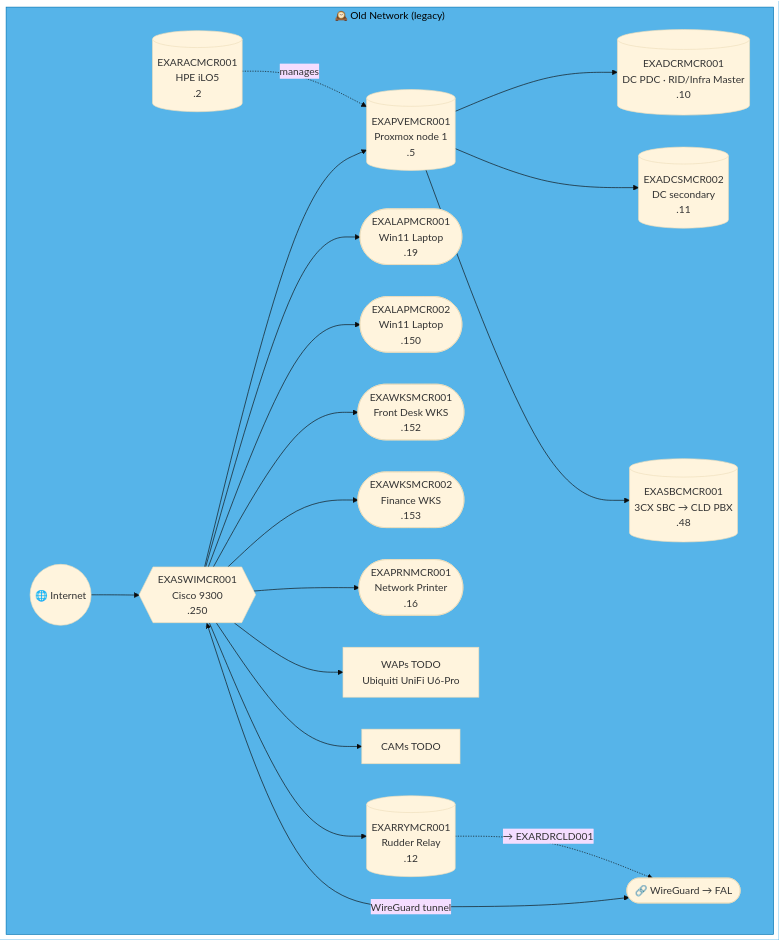
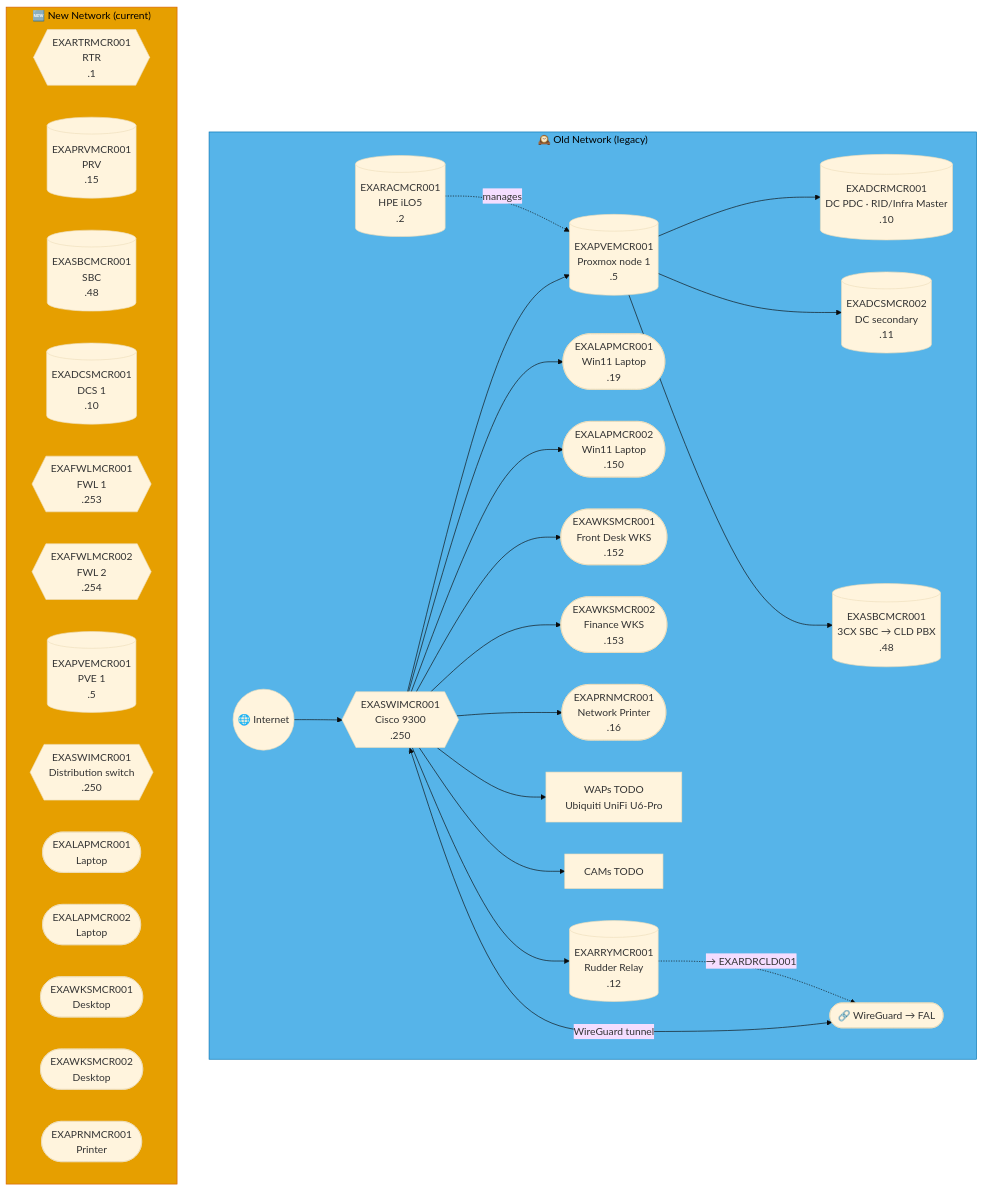
Before and after one commit to knightmare2600/example_music_infra: diagram 11 of 51 in docs/network-diagram.md, drawn with Mermaid (base theme). The commit also changed other lines of this file and 1 other file, not shown here.

````diff
--- a/docs/network-diagram.md
+++ b/docs/network-diagram.md
@@ -605,31 +835,49 @@
 ```mermaid
 graph TD
     subgraph OLD_MCR ["🕰️ Old Network (legacy)"]
       INET(("🌐 Internet"))
       SW{{"EXASWIMCR001<br/>Cisco 9300<br/>.250"}}
       RAC[("EXARACMCR001<br/>HPE iLO5<br/>.2")]
       PVE[("EXAPVEMCR001<br/>Proxmox node 1<br/>.5")]
       DC1[("EXADCRMCR001<br/>DC PDC · RID/Infra Master<br/>.10")]
       DC2[("EXADCSMCR002<br/>DC secondary<br/>.11")]
       SBC[("EXASBCMCR001<br/>3CX SBC → CLD PBX<br/>.48")]
       RRY[("EXARRYMCR001<br/>Rudder Relay<br/>.12")]
       LAP1(["EXALAPMCR001<br/>Win11 Laptop<br/>.19"])
       LAP2(["EXALAPMCR002<br/>Win11 Laptop<br/>.150"])
       WKS1(["EXAWKSMCR001<br/>Front Desk WKS<br/>.152"])
       WKS2(["EXAWKSMCR002<br/>Finance WKS<br/>.153"])
       PRN(["EXAPRNMCR001<br/>Network Printer<br/>.16"])
       WAP["WAPs TODO<br/>Ubiquiti UniFi U6-Pro"]
       CAM["CAMs TODO"]
       VPN(["🔗 WireGuard → FAL"])
 
       INET --> SW
       SW --> PVE --> DC1 & DC2 & SBC
       RAC -.->|"manages"| PVE
       SW --> LAP1 & LAP2 & WKS1 & WKS2 & PRN & WAP & CAM
       SW <-->|"WireGuard tunnel"| VPN
 
       SW --> RRY
       RRY -. "→ EXARDRCLD001" .-> VPN
     end
     style OLD_MCR fill:#56B4E9,stroke:#0072B2,color:#000000
+    %% GENERATED:NEW-NETWORK:MCR:START
+    subgraph NEW_MCR ["🆕 New Network (current)"]
+      N_RTR{{"EXARTRMCR001<br/>RTR<br/>.1"}}
+      N_PRV[("EXAPRVMCR001<br/>PRV<br/>.15")]
+      N_SBC[("EXASBCMCR001<br/>SBC<br/>.48")]
+      N_DCS[("EXADCSMCR001<br/>DCS 1<br/>.10")]
+      N_FWL{{"EXAFWLMCR001<br/>FWL 1<br/>.253"}}
+      N_FWL2{{"EXAFWLMCR002<br/>FWL 2<br/>.254"}}
+      N_PVE[("EXAPVEMCR001<br/>PVE 1<br/>.5")]
+      N_SWI{{"EXASWIMCR001<br/>Distribution switch<br/>.250"}}
+      N_LAP(["EXALAPMCR001<br/>Laptop"])
+      N_LAP2(["EXALAPMCR002<br/>Laptop"])
+      N_WKS(["EXAWKSMCR001<br/>Desktop"])
+      N_WKS2(["EXAWKSMCR002<br/>Desktop"])
+      N_PRN(["EXAPRNMCR001<br/>Printer"])
+    end
+    style NEW_MCR fill:#E69F00,stroke:#D55E00,color:#000000
+    %% GENERATED:NEW-NETWORK:MCR:END
 ```
````
